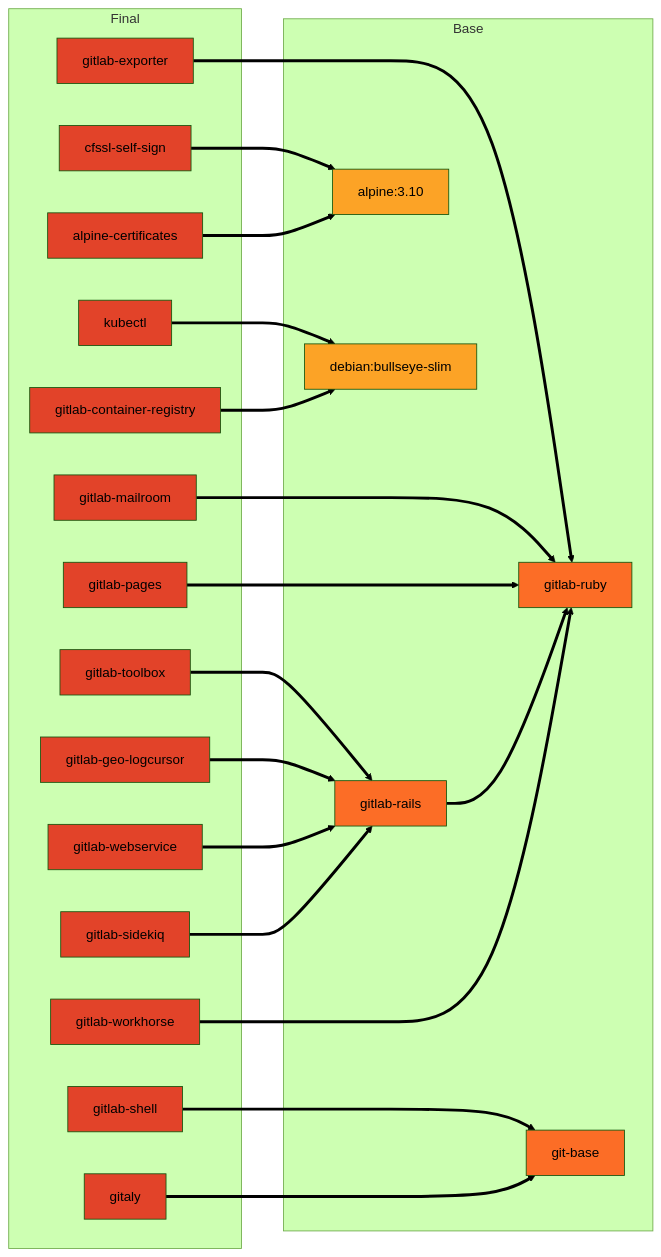
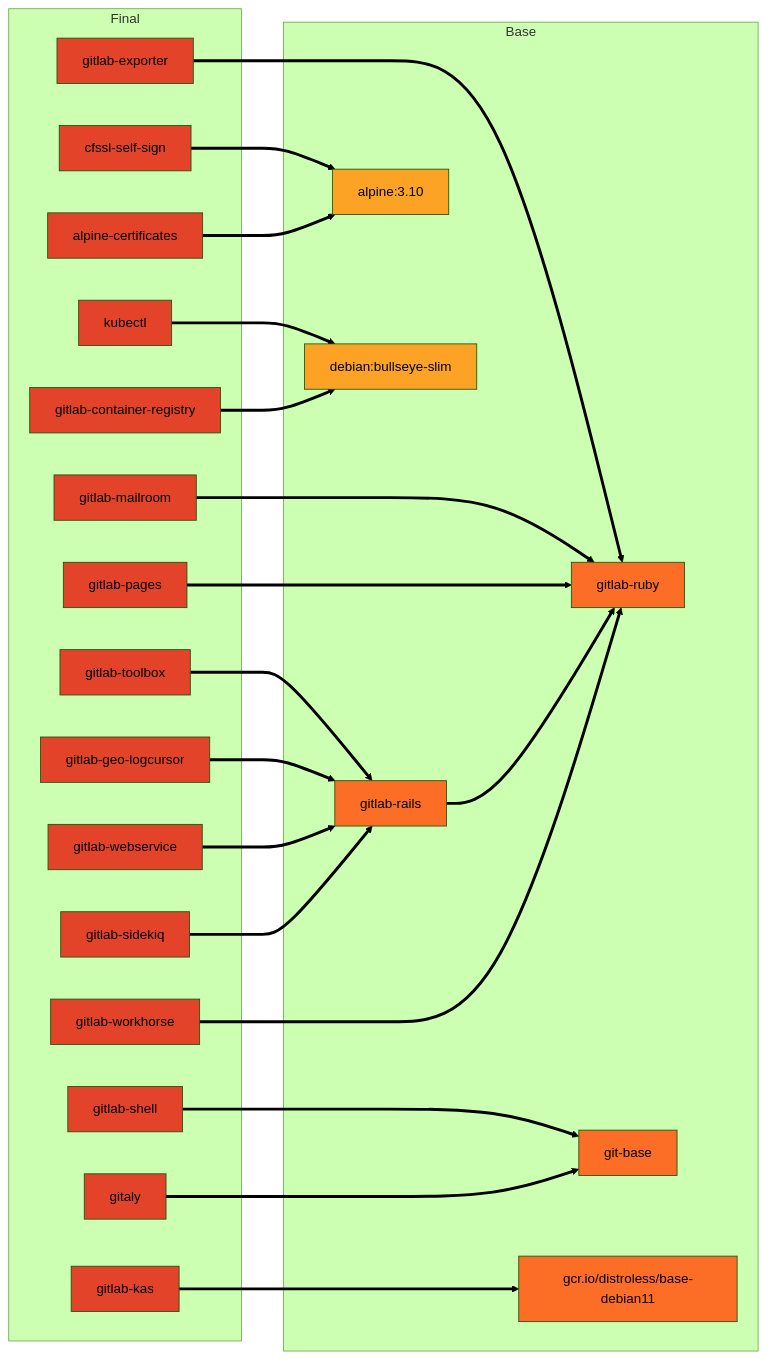
One commit to tachyons/gitlab-pages changed the first of 2 diagrams in docs/build.md. Above: the diagram before and after it, drawn with Mermaid (forest theme). The commit also changed other lines of this file and 16 other files, not shown here.

Commit message:
Add gitlab-kas builds

````diff
--- a/docs/build.md
+++ b/docs/build.md
@@ -186,51 +186,55 @@
 ```mermaid
 graph LR;
   subgraph Final
     gitlab-toolbox:::final
     gitlab-webservice:::final
     gitlab-workhorse:::final
     gitlab-sidekiq:::final
     gitlab-geo-logcursor:::final
     gitlab-exporter:::final
     gitlab-mailroom:::final
     gitlab-shell:::final
     gitlab-pages:::final
     gitaly:::final
+    gitlab-kas:::final
     kubectl:::final
     gitlab-container-registry:::final
     alpine-certificates:::final
     cfssl-self-sign:::final
   end
 
   subgraph Base
     gitlab-ruby
     gitlab-rails
     git-base
     alpine[alpine:3.10]:::external;
     debian[debian:bullseye-slim]:::external;
+    gcr.io/distroless/base-debian11
   end
 
   kubectl==>debian;
   cfssl-self-sign==>alpine;
   alpine-certificates==>alpine;
 
   gitlab-toolbox==>gitlab-rails;
   gitlab-geo-logcursor==>gitlab-rails;
   gitlab-webservice==>gitlab-rails;
   gitlab-sidekiq==>gitlab-rails;
 
   gitlab-exporter==>gitlab-ruby;
   gitlab-mailroom===>gitlab-ruby;
   gitlab-pages===>gitlab-ruby
   gitlab-rails==>gitlab-ruby;
   gitlab-workhorse===>gitlab-ruby
 
   gitlab-shell===>git-base;
 
   gitaly===>git-base;
   gitlab-container-registry==>debian
 
+  gitlab-kas===>gcr.io/distroless/base-debian11;
+
   classDef default fill:#fc6d26;
   classDef external fill:#fca326;
   classDef final fill:#e24329;
 ```
````
